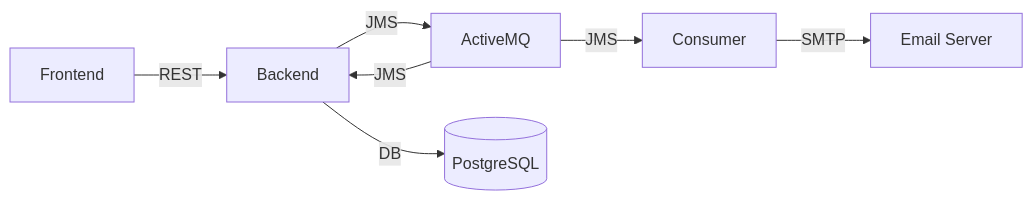
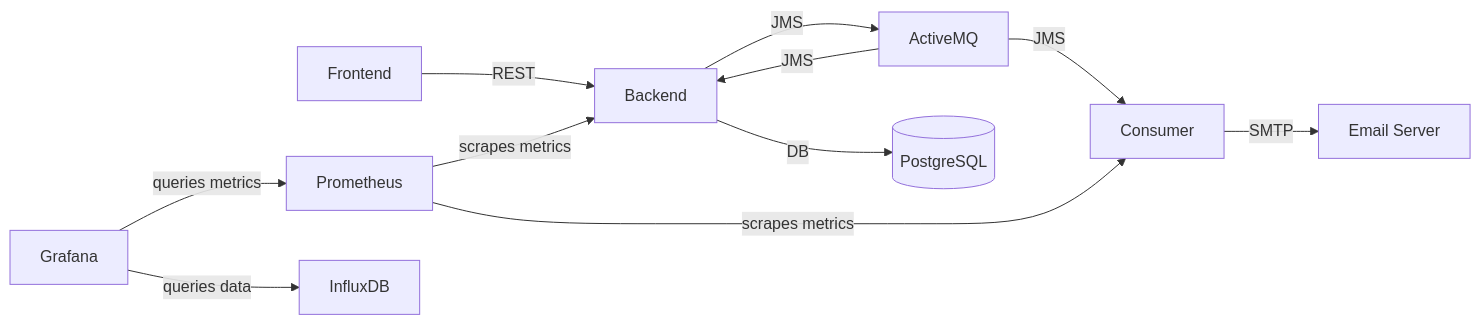
One commit to slawekradzyminski/awesome-localstack changed the diagram in README.md. Above: the diagram before and after it, drawn with Mermaid. The commit also changed other lines of this file, not shown here.

Commit message:
mermaid experiment

````diff
--- a/README.md
+++ b/README.md
@@ -11,16 +12,24 @@
 ```mermaid
 flowchart LR
     F[Frontend]
     B[Backend]
     MQ[ActiveMQ]
     C[Consumer]
     E[Email Server]
     DB[(PostgreSQL)]
+    PM[Prometheus]
+    IDB[InfluxDB]
+    GF[Grafana]
 
     F -- REST --> B
     B -- JMS --> MQ
     MQ -- JMS --> B
     MQ -- JMS --> C
     C -- SMTP --> E
     B -- DB --> DB
+
+    PM -- "scrapes metrics" --> B
+    PM -- "scrapes metrics" --> C
+    GF -- "queries metrics" --> PM
+    GF -- "queries data" --> IDB
 ```
````
